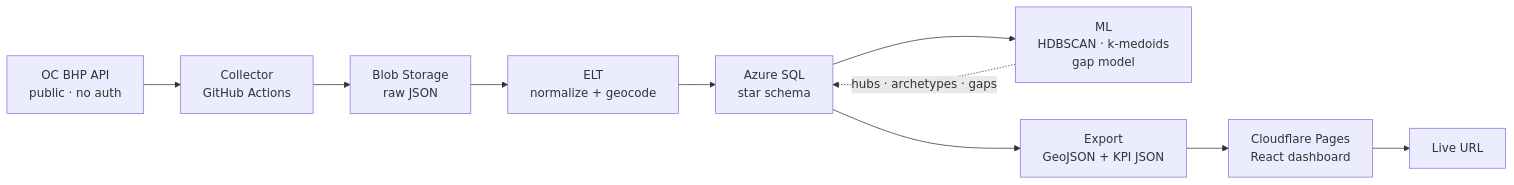
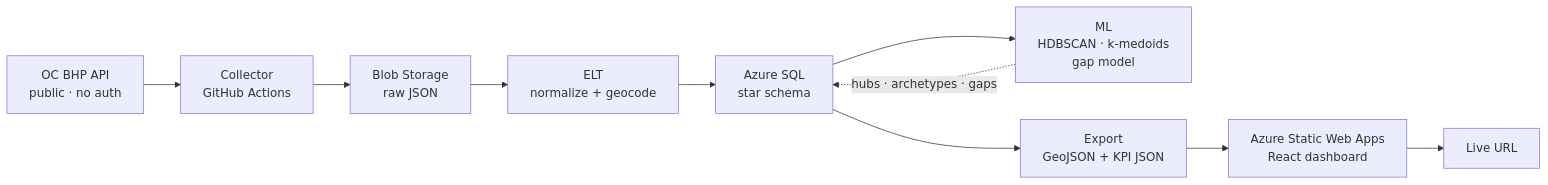
The first of 2 diagrams in README.md (scale600/oc-health-dba-ml), drawn with Mermaid before and after one commit. The commit also changed other lines of this file, not shown here.

Commit message:
docs: update live URL to Azure Static Web Apps

````diff
--- a/README.md
+++ b/README.md
@@ -33,12 +33,12 @@
 ```mermaid
 flowchart LR
     A[OC BHP API<br>public · no auth] --> B[Collector<br>GitHub Actions]
     B --> C[Blob Storage<br>raw JSON]
     C --> D[ELT<br>normalize + geocode]
     D --> E[Azure SQL<br>star schema]
     E --> F[ML<br>HDBSCAN · k-medoids<br>gap model]
     F -.->|hubs · archetypes · gaps| E
     E --> G[Export<br>GeoJSON + KPI JSON]
-    G --> H[Cloudflare Pages<br>React dashboard]
+    G --> H[Azure Static Web Apps<br>React dashboard]
     H --> I[Live URL]
 ```
````
